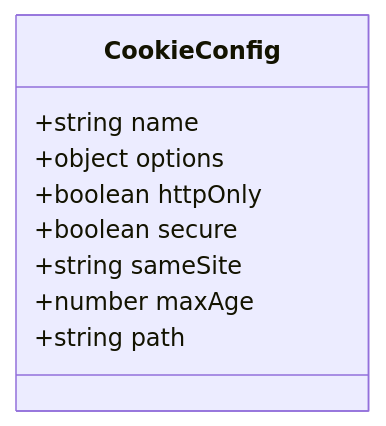
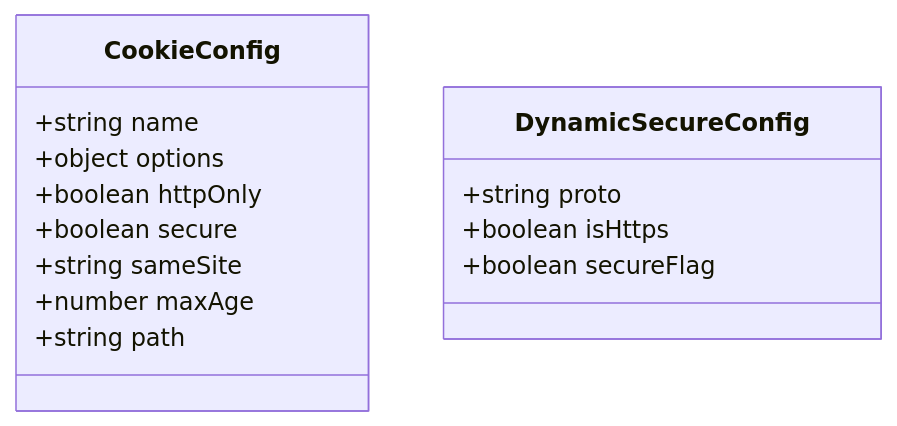
Before and after one commit to kangkang919/xinya: the fourth of 6 diagrams in .qoder/repowiki/zh/content/用户认证系统/JWT令牌管理.md, drawn with Mermaid. The commit also changed other lines of this file and 37 other files, not shown here.

````diff
--- a/.qoder/repowiki/zh/content/用户认证系统/JWT令牌管理.md
+++ b/.qoder/repowiki/zh/content/用户认证系统/JWT令牌管理.md
@@ -158,12 +167,17 @@
 ```mermaid
 classDiagram
 class CookieConfig {
 +string name
 +object options
 +boolean httpOnly
 +boolean secure
 +string sameSite
 +number maxAge
 +string path
 }
+class DynamicSecureConfig {
++string proto
++boolean isHttps
++boolean secureFlag
+}
 ```
````
